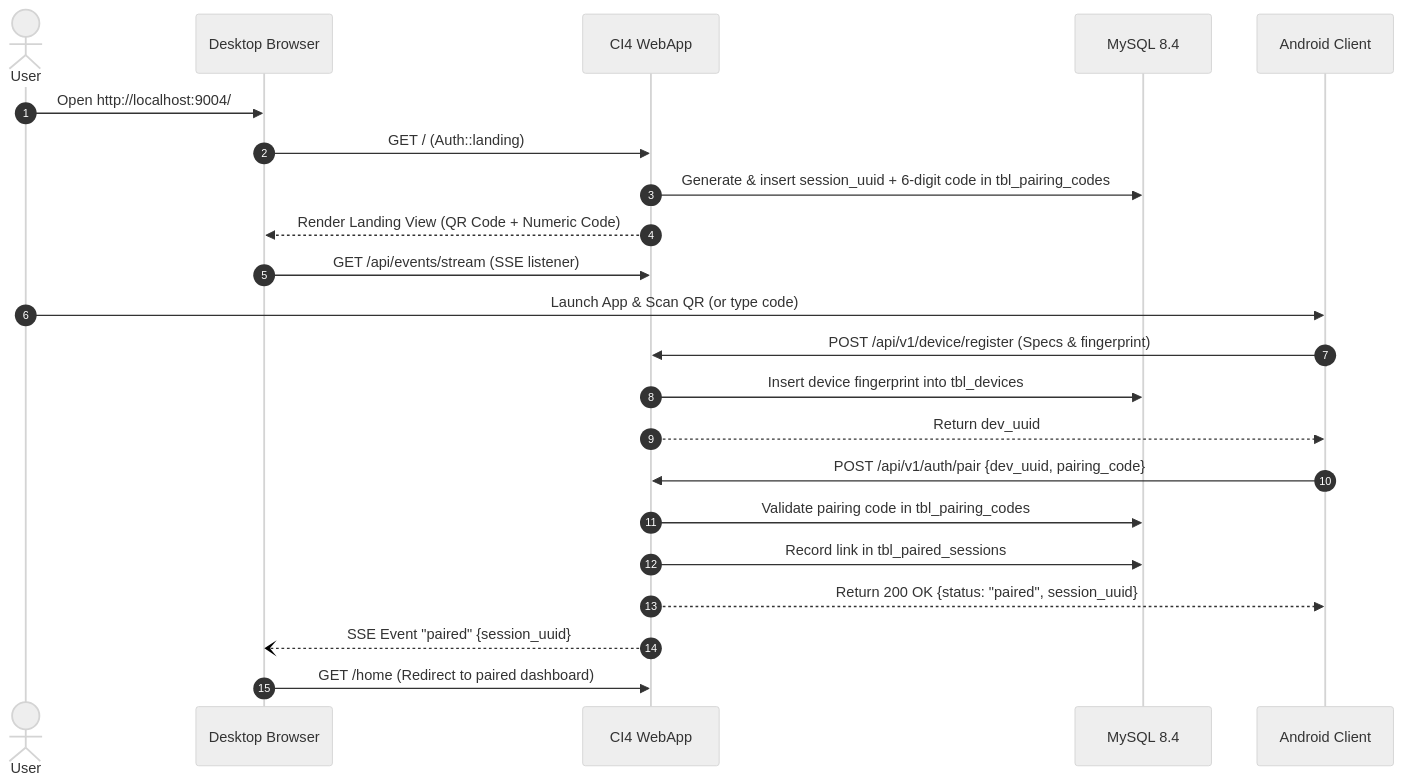
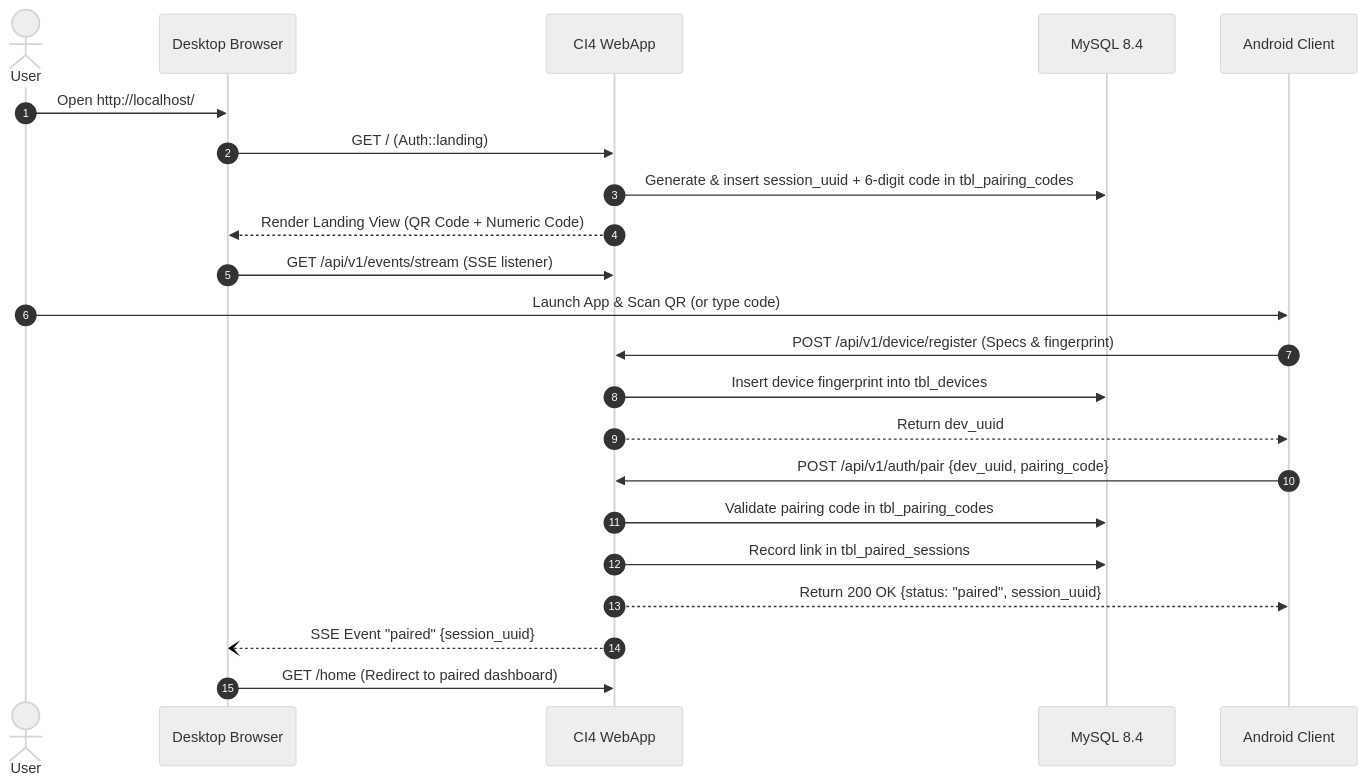
The first of 3 diagrams in docs/architecture/communication.md (Niccher/PC-to-Phone-Copier-WebApp), drawn with Mermaid (neutral theme) before and after one commit. The commit also changed other lines of this file and 25 other files, not shown here.

````diff
--- a/docs/architecture/communication.md
+++ b/docs/architecture/communication.md
@@ -22,28 +23,28 @@
 ```mermaid
 sequenceDiagram
     autonumber
     actor User
     participant Browser as Desktop Browser
     participant Server as CI4 WebApp
     participant DB as MySQL 8.4
     participant App as Android Client
 
-    User->>Browser: Open http://localhost:9004/
+    User->>Browser: Open http://localhost/
     Browser->>Server: GET / (Auth::landing)
     Server->>DB: Generate & insert session_uuid + 6-digit code in tbl_pairing_codes
     Server-->>Browser: Render Landing View (QR Code + Numeric Code)
-    Browser->>Server: GET /api/events/stream (SSE listener)
+    Browser->>Server: GET /api/v1/events/stream (SSE listener)
 
     User->>App: Launch App & Scan QR (or type code)
     App->>Server: POST /api/v1/device/register (Specs & fingerprint)
     Server->>DB: Insert device fingerprint into tbl_devices
     Server-->>App: Return dev_uuid
 
     App->>Server: POST /api/v1/auth/pair {dev_uuid, pairing_code}
     Server->>DB: Validate pairing code in tbl_pairing_codes
     Server->>DB: Record link in tbl_paired_sessions
     Server-->>App: Return 200 OK {status: "paired", session_uuid}
 
     Server--)Browser: SSE Event "paired" {session_uuid}
     Browser->>Server: GET /home (Redirect to paired dashboard)
 ```
````
